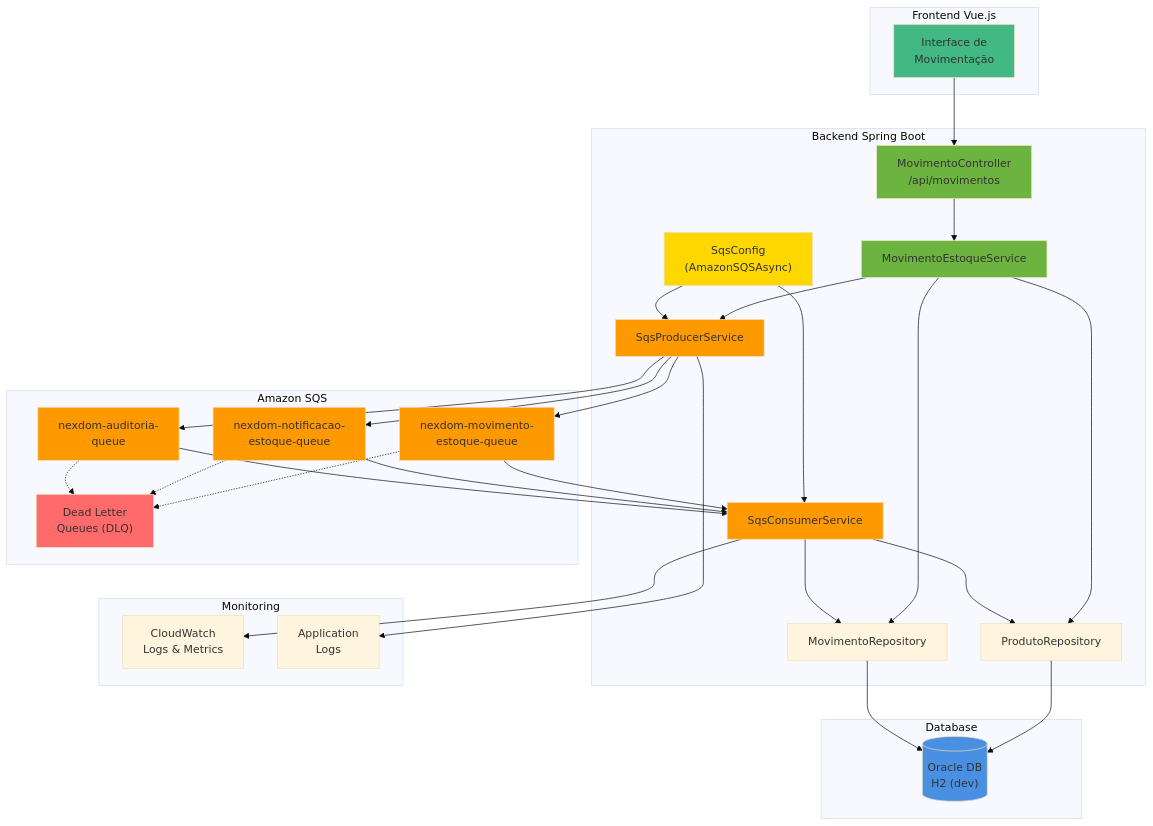
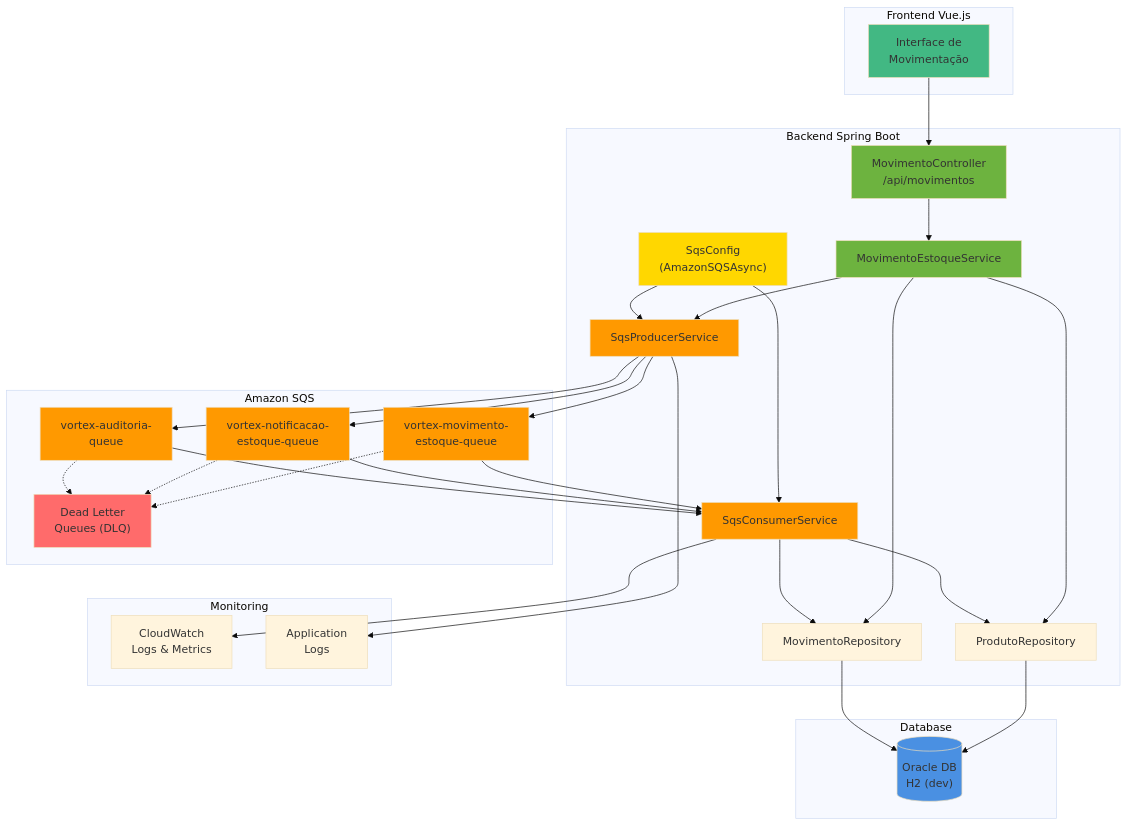
Before and after one commit to caiocv18/vortex: the diagram in docs/Diagrama SQS.md, drawn with Mermaid (base theme). The commit also changed 134 other files, not shown here.

First line of the commit message:
Refactor project structure and update documentation to reflect the transition from NEXDOM to VORTEX.

````diff
--- a/docs/Diagrama SQS.md
+++ b/docs/Diagrama SQS.md
@@ -1,74 +1,74 @@
 ```mermaid
 graph TB
     subgraph "Frontend Vue.js"
         A["Interface de<br/>Movimentação"]
     end
     
     subgraph "Backend Spring Boot"
         B["MovimentoController<br/>/api/movimentos"]
         C["MovimentoEstoqueService"]
         D["SqsProducerService"]
         E["SqsConsumerService"]
         F["ProdutoRepository"]
         G["MovimentoRepository"]
         H1["SqsConfig<br/>(AmazonSQSAsync)"]
     end
     
     subgraph "Amazon SQS"
-        H["nexdom-movimento-<br/>estoque-queue"]
-        I["nexdom-notificacao-<br/>estoque-queue"]
-        J["nexdom-auditoria-<br/>queue"]
+        H["vortex-movimento-<br/>estoque-queue"]
+        I["vortex-notificacao-<br/>estoque-queue"]
+        J["vortex-auditoria-<br/>queue"]
         K["Dead Letter<br/>Queues (DLQ)"]
     end
     
     subgraph "Database"
         L[("Oracle DB<br/>H2 (dev)")]
     end
     
     subgraph "Monitoring"
         M["CloudWatch<br/>Logs & Metrics"]
         N["Application<br/>Logs"]
     end
     
     A --> B
     B --> C
     
     C --> D
     C --> F
     C --> G
     
     H1 --> D
     H1 --> E
     
     D --> H
     D --> I
     D --> J
     
     H --> E
     I --> E
     J --> E
     
     E --> F
     E --> G
     F --> L
     G --> L
     
     H -.-> K
     I -.-> K
     J -.-> K
     
     E --> M
     D --> N
     
     style A fill:#42b883
     style B fill:#6db33f
     style C fill:#6db33f
     style D fill:#ff9900
     style E fill:#ff9900
     style H1 fill:#ffd700
     style H fill:#ff9900
     style I fill:#ff9900
     style J fill:#ff9900
     style K fill:#ff6b6b
     style L fill:#4a90e2
 ```
````
